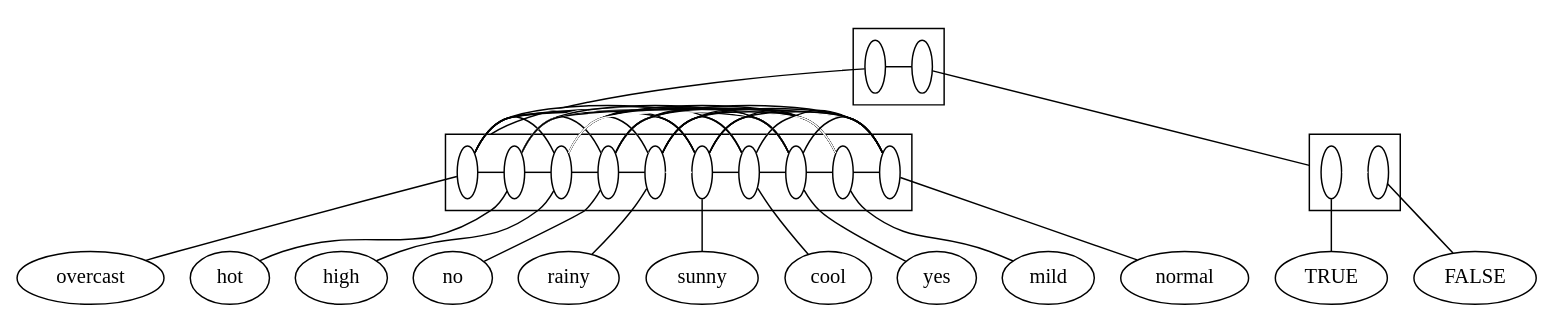
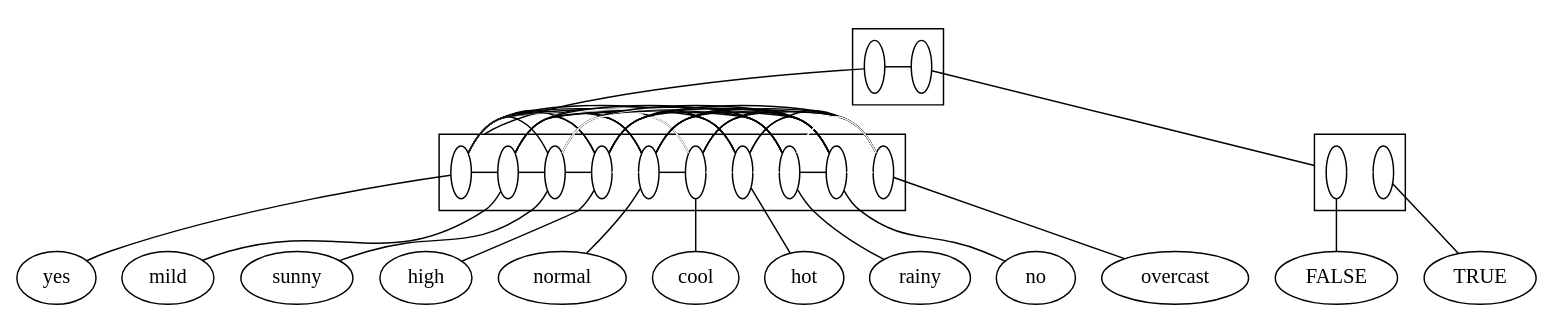
Before and after one commit to lrodrin/TFG: the diagram in src/final/plain2-structure.dot, drawn with Graphviz. The commit also changed 3 other files, not shown here.

```diff
--- a/src/final/plain2-structure.dot
+++ b/src/final/plain2-structure.dot
@@ -1,111 +1,111 @@
 digraph G {
 compound=True;
-overcast;
-hot;
-high;
-no;
-rainy;
-sunny;
-cool;
 yes;
 mild;
+sunny;
+high;
 normal;
+cool;
+hot;
+rainy;
+no;
+overcast;
+FALSE;
 TRUE;
-FALSE;
-subgraph cluster_yesnormalsunnyFALSEovercastTRUEmildrainyhighcoolnohot {
-s_yesnormalsunnyovercastmildrainyhighcoolnohot [width=0.2, fixedsize=True, label=" ", fillcolor=white];
-s_FALSETRUE [width=0.2, fixedsize=True, label=" ", fillcolor=white];
+subgraph cluster_rainynormalhotmildTRUEnocoolhighFALSEyesovercastsunny {
+s_rainynormalhotmildcoolhighnoyesovercastsunny [fillcolor=white, width=0.2, label=" ", fixedsize=True];
+s_TRUEFALSE [fillcolor=white, width=0.2, label=" ", fixedsize=True];
 subgraph  {
 rank=same;
-s_yesnormalsunnyovercastmildrainyhighcoolnohot -> s_FALSETRUE  [arrowhead=none, color=black];
+s_rainynormalhotmildcoolhighnoyesovercastsunny -> s_TRUEFALSE  [color=black, arrowhead=none];
 }
 
 }
 
-subgraph cluster_yesnormalsunnyovercastmildrainyhighcoolnohot {
-s_overcast [width=0.2, fixedsize=True, label=" ", fillcolor=white];
-s_hot [width=0.2, fixedsize=True, label=" ", fillcolor=white];
-s_high [width=0.2, fixedsize=True, label=" ", fillcolor=white];
-s_no [width=0.2, fixedsize=True, label=" ", fillcolor=white];
-s_rainy [width=0.2, fixedsize=True, label=" ", fillcolor=white];
-s_sunny [width=0.2, fixedsize=True, label=" ", fillcolor=white];
-s_cool [width=0.2, fixedsize=True, label=" ", fillcolor=white];
-s_yes [width=0.2, fixedsize=True, label=" ", fillcolor=white];
-s_mild [width=0.2, fixedsize=True, label=" ", fillcolor=white];
-s_normal [width=0.2, fixedsize=True, label=" ", fillcolor=white];
+subgraph cluster_rainynormalhotmildcoolhighnoyesovercastsunny {
+s_yes [fillcolor=white, width=0.2, label=" ", fixedsize=True];
+s_mild [fillcolor=white, width=0.2, label=" ", fixedsize=True];
+s_sunny [fillcolor=white, width=0.2, label=" ", fixedsize=True];
+s_high [fillcolor=white, width=0.2, label=" ", fixedsize=True];
+s_normal [fillcolor=white, width=0.2, label=" ", fixedsize=True];
+s_cool [fillcolor=white, width=0.2, label=" ", fixedsize=True];
+s_hot [fillcolor=white, width=0.2, label=" ", fixedsize=True];
+s_rainy [fillcolor=white, width=0.2, label=" ", fixedsize=True];
+s_no [fillcolor=white, width=0.2, label=" ", fixedsize=True];
+s_overcast [fillcolor=white, width=0.2, label=" ", fixedsize=True];
 subgraph  {
 rank=same;
-s_overcast -> s_hot  [arrowhead=none, color=black];
-s_overcast -> s_high  [arrowhead=none, color=black];
-s_overcast -> s_no  [arrowhead=none, color=white];
-s_overcast -> s_rainy  [arrowhead=none, color=white];
-s_overcast -> s_sunny  [arrowhead=none, color=white];
-s_overcast -> s_cool  [arrowhead=none, color=black];
-s_overcast -> s_yes  [arrowhead=none, color=black];
-s_overcast -> s_mild  [arrowhead=none, color=black];
-s_overcast -> s_normal  [arrowhead=none, color=black];
-s_hot -> s_high  [arrowhead=none, color=black];
-s_hot -> s_no  [arrowhead=none, color=black];
-s_hot -> s_rainy  [arrowhead=none, color=white];
-s_hot -> s_sunny  [arrowhead=none, color=black];
-s_hot -> s_cool  [arrowhead=none, color=white];
-s_hot -> s_yes  [arrowhead=none, color=black];
-s_hot -> s_mild  [arrowhead=none, color=white];
-s_hot -> s_normal  [arrowhead=none, color=black];
-s_high -> s_no  [arrowhead=none, color=black];
-s_high -> s_rainy  [arrowhead=none, color=black];
-s_high -> s_sunny  [arrowhead=none, color=black];
-s_high -> s_cool  [arrowhead=none, color=white];
-s_high -> s_yes  [arrowhead=none, color=black];
-s_high -> s_mild  [arrowhead=none, color=black];
-s_high -> s_normal  [arrowhead=none, color=white];
-s_no -> s_rainy  [arrowhead=none, color=black];
-s_no -> s_sunny  [arrowhead=none, color=black];
-s_no -> s_cool  [arrowhead=none, color=black];
-s_no -> s_yes  [arrowhead=none, color=white];
-s_no -> s_mild  [arrowhead=none, color=black];
-s_no -> s_normal  [arrowhead=none, color=black];
-s_rainy -> s_sunny  [arrowhead=none, color=white];
-s_rainy -> s_cool  [arrowhead=none, color=black];
-s_rainy -> s_yes  [arrowhead=none, color=black];
-s_rainy -> s_mild  [arrowhead=none, color=black];
-s_rainy -> s_normal  [arrowhead=none, color=black];
-s_sunny -> s_cool  [arrowhead=none, color=black];
-s_sunny -> s_yes  [arrowhead=none, color=black];
-s_sunny -> s_mild  [arrowhead=none, color=black];
-s_sunny -> s_normal  [arrowhead=none, color=black];
-s_cool -> s_yes  [arrowhead=none, color=black];
-s_cool -> s_mild  [arrowhead=none, color=white];
-s_cool -> s_normal  [arrowhead=none, color=black];
-s_yes -> s_mild  [arrowhead=none, color=black];
-s_yes -> s_normal  [arrowhead=none, color=black];
-s_mild -> s_normal  [arrowhead=none, color=black];
+s_yes -> s_mild  [color=black, arrowhead=none];
+s_yes -> s_sunny  [color=black, arrowhead=none];
+s_yes -> s_high  [color=black, arrowhead=none];
+s_yes -> s_normal  [color=black, arrowhead=none];
+s_yes -> s_cool  [color=black, arrowhead=none];
+s_yes -> s_hot  [color=black, arrowhead=none];
+s_yes -> s_rainy  [color=black, arrowhead=none];
+s_yes -> s_no  [color=white, arrowhead=none];
+s_yes -> s_overcast  [color=black, arrowhead=none];
+s_mild -> s_sunny  [color=black, arrowhead=none];
+s_mild -> s_high  [color=black, arrowhead=none];
+s_mild -> s_normal  [color=black, arrowhead=none];
+s_mild -> s_cool  [color=white, arrowhead=none];
+s_mild -> s_hot  [color=white, arrowhead=none];
+s_mild -> s_rainy  [color=black, arrowhead=none];
+s_mild -> s_no  [color=black, arrowhead=none];
+s_mild -> s_overcast  [color=black, arrowhead=none];
+s_sunny -> s_high  [color=black, arrowhead=none];
+s_sunny -> s_normal  [color=black, arrowhead=none];
+s_sunny -> s_cool  [color=black, arrowhead=none];
+s_sunny -> s_hot  [color=black, arrowhead=none];
+s_sunny -> s_rainy  [color=white, arrowhead=none];
+s_sunny -> s_no  [color=black, arrowhead=none];
+s_sunny -> s_overcast  [color=white, arrowhead=none];
+s_high -> s_normal  [color=white, arrowhead=none];
+s_high -> s_cool  [color=white, arrowhead=none];
+s_high -> s_hot  [color=black, arrowhead=none];
+s_high -> s_rainy  [color=black, arrowhead=none];
+s_high -> s_no  [color=black, arrowhead=none];
+s_high -> s_overcast  [color=black, arrowhead=none];
+s_normal -> s_cool  [color=black, arrowhead=none];
+s_normal -> s_hot  [color=black, arrowhead=none];
+s_normal -> s_rainy  [color=black, arrowhead=none];
+s_normal -> s_no  [color=black, arrowhead=none];
+s_normal -> s_overcast  [color=black, arrowhead=none];
+s_cool -> s_hot  [color=white, arrowhead=none];
+s_cool -> s_rainy  [color=black, arrowhead=none];
+s_cool -> s_no  [color=black, arrowhead=none];
+s_cool -> s_overcast  [color=black, arrowhead=none];
+s_hot -> s_rainy  [color=white, arrowhead=none];
+s_hot -> s_no  [color=black, arrowhead=none];
+s_hot -> s_overcast  [color=black, arrowhead=none];
+s_rainy -> s_no  [color=black, arrowhead=none];
+s_rainy -> s_overcast  [color=white, arrowhead=none];
+s_no -> s_overcast  [color=white, arrowhead=none];
 }
 
 }
 
-subgraph cluster_FALSETRUE {
-s_TRUE [width=0.2, fixedsize=True, label=" ", fillcolor=white];
-s_FALSE [width=0.2, fixedsize=True, label=" ", fillcolor=white];
+subgraph cluster_TRUEFALSE {
+s_FALSE [fillcolor=white, width=0.2, label=" ", fixedsize=True];
+s_TRUE [fillcolor=white, width=0.2, label=" ", fixedsize=True];
 subgraph  {
 rank=same;
-s_TRUE -> s_FALSE  [arrowhead=none, color=white];
+s_FALSE -> s_TRUE  [color=white, arrowhead=none];
 }
 
 }
 
-s_overcast -> overcast  [arrowhead=none];
-s_hot -> hot  [arrowhead=none];
-s_high -> high  [arrowhead=none];
-s_no -> no  [arrowhead=none];
-s_rainy -> rainy  [arrowhead=none];
-s_sunny -> sunny  [arrowhead=none];
-s_cool -> cool  [arrowhead=none];
 s_yes -> yes  [arrowhead=none];
 s_mild -> mild  [arrowhead=none];
+s_sunny -> sunny  [arrowhead=none];
+s_high -> high  [arrowhead=none];
 s_normal -> normal  [arrowhead=none];
+s_cool -> cool  [arrowhead=none];
+s_hot -> hot  [arrowhead=none];
+s_rainy -> rainy  [arrowhead=none];
+s_no -> no  [arrowhead=none];
+s_overcast -> overcast  [arrowhead=none];
+s_FALSE -> FALSE  [arrowhead=none];
 s_TRUE -> TRUE  [arrowhead=none];
-s_FALSE -> FALSE  [arrowhead=none];
-s_yesnormalsunnyovercastmildrainyhighcoolnohot -> s_overcast  [arrowhead=none, lhead=cluster_yesnormalsunnyovercastmildrainyhighcoolnohot];
-s_FALSETRUE -> s_TRUE  [arrowhead=none, lhead=cluster_FALSETRUE];
+s_rainynormalhotmildcoolhighnoyesovercastsunny -> s_yes  [lhead=cluster_rainynormalhotmildcoolhighnoyesovercastsunny, arrowhead=none];
+s_TRUEFALSE -> s_FALSE  [lhead=cluster_TRUEFALSE, arrowhead=none];
 }
```
